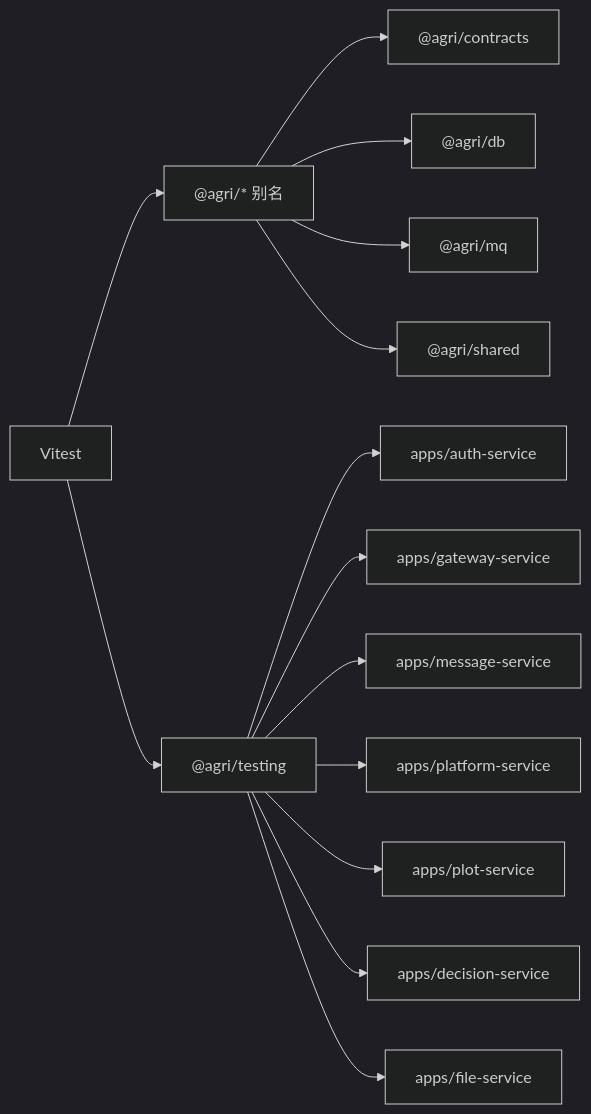
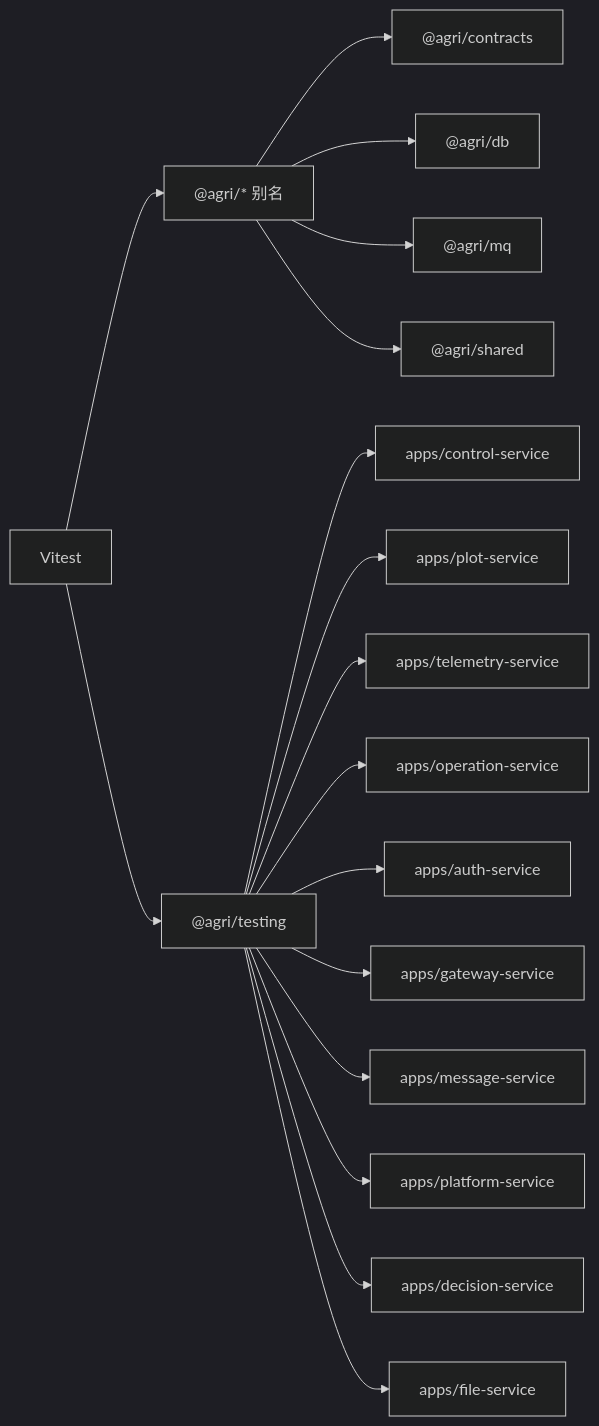
One commit to q446328246/agri-platform changed diagram 37 of 37 in .qoder/repowiki/zh/content/测试策略/测试策略.md. Above: the diagram before and after it, drawn with Mermaid (dark theme). The commit also changed other lines of this file and 68 other files, not shown here.

````diff
--- a/.qoder/repowiki/zh/content/测试策略/测试策略.md
+++ b/.qoder/repowiki/zh/content/测试策略/测试策略.md
@@ -690,16 +1037,19 @@
 ```mermaid
 graph LR
 Vitest["Vitest"] --> Alias["@agri/* 别名"]
 Alias --> Contracts["@agri/contracts"]
 Alias --> Db["@agri/db"]
 Alias --> Mq["@agri/mq"]
 Alias --> Shared["@agri/shared"]
 Vitest --> Testing["@agri/testing"]
+Testing --> ControlService["apps/control-service"]
+Testing --> PlotService["apps/plot-service"]
+Testing --> TelemetryService["apps/telemetry-service"]
+Testing --> OperationService["apps/operation-service"]
 Testing --> AuthService["apps/auth-service"]
 Testing --> GatewayService["apps/gateway-service"]
 Testing --> MessageService["apps/message-service"]
 Testing --> PlatformService["apps/platform-service"]
-Testing --> PlotService["apps/plot-service"]
 Testing --> DecisionService["apps/decision-service"]
 Testing --> FileService["apps/file-service"]
 ```
````
